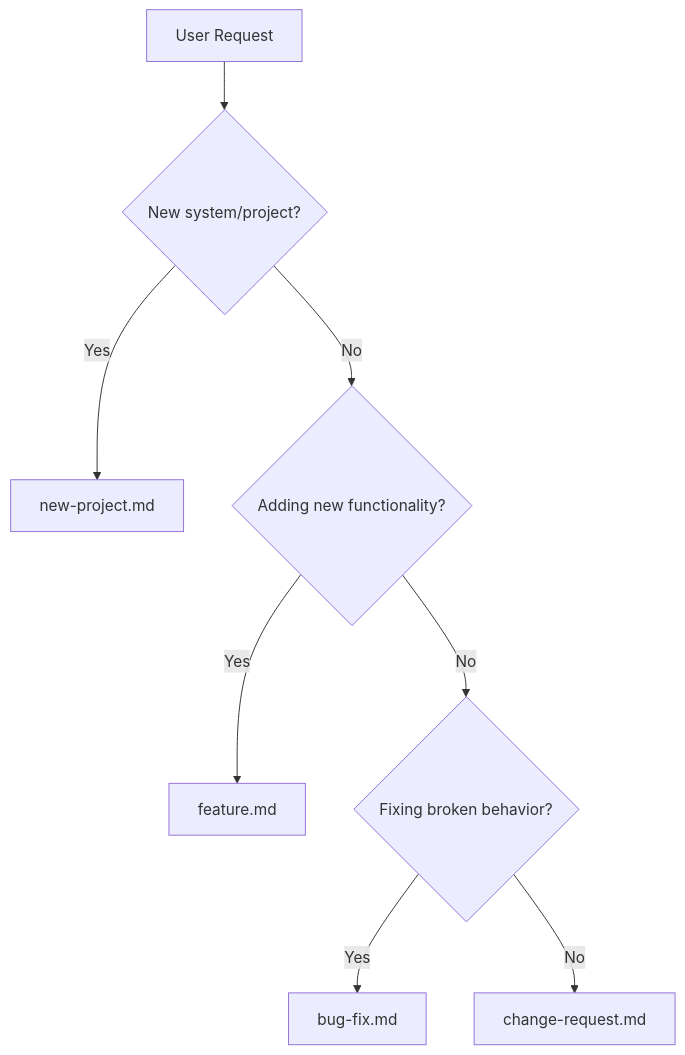
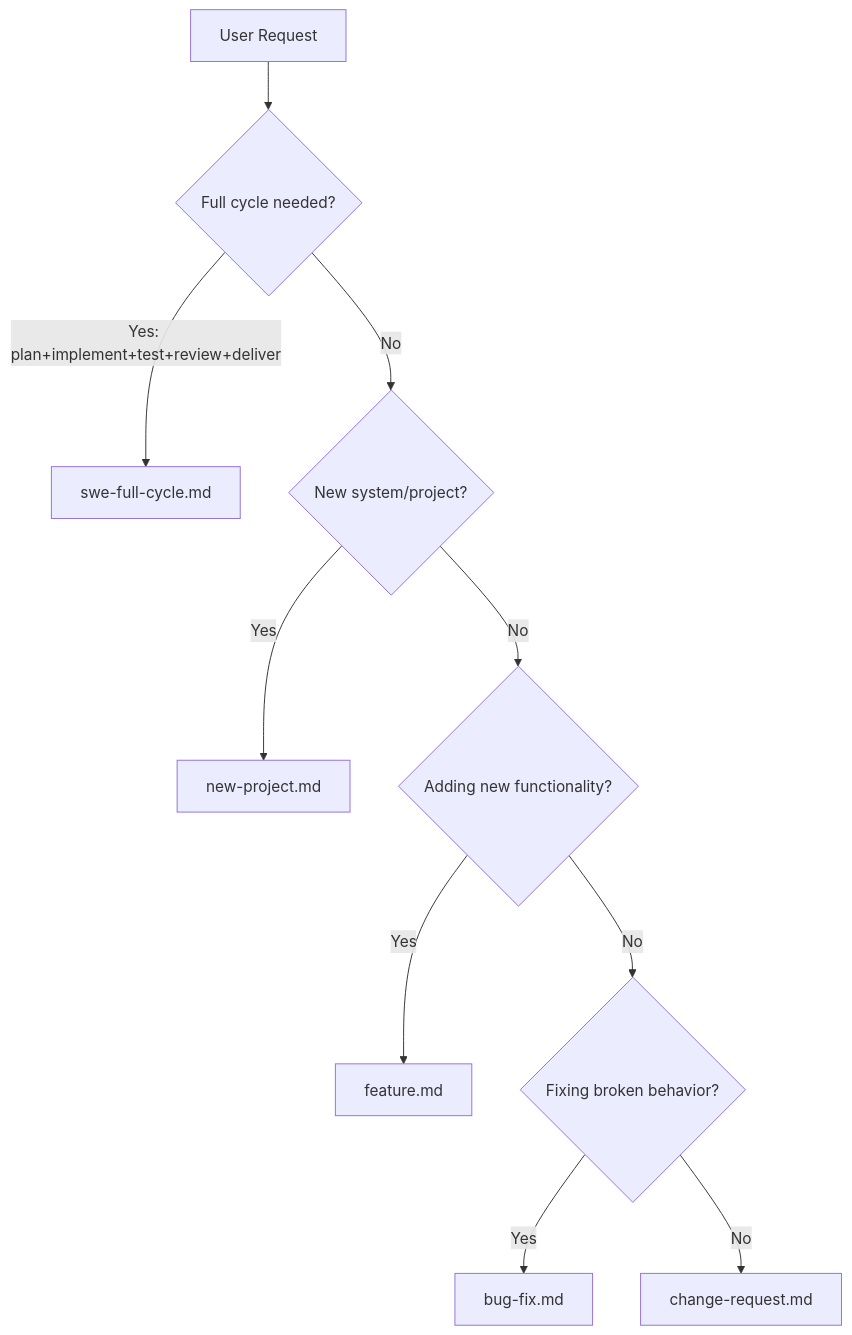
Before and after one commit to simonspoon/claude-setup: the diagram in skills/project-manager/workflows/INDEX.md, drawn with Mermaid. The commit also changed other lines of this file and 21 other files, not shown here.

````diff
--- a/skills/project-manager/workflows/INDEX.md
+++ b/skills/project-manager/workflows/INDEX.md
@@ -3,10 +3,12 @@
 ```mermaid
 flowchart TD
-    A[User Request] --> B{New system/project?}
-    B -->|Yes| C[new-project.md]
-    B -->|No| D{Adding new functionality?}
-    D -->|Yes| E[feature.md]
-    D -->|No| F{Fixing broken behavior?}
-    F -->|Yes| G[bug-fix.md]
-    F -->|No| H[change-request.md]
+    A[User Request] --> B{Full cycle needed?}
+    B -->|Yes: plan+implement+test+review+deliver| C[swe-full-cycle.md]
+    B -->|No| D{New system/project?}
+    D -->|Yes| E[new-project.md]
+    D -->|No| F{Adding new functionality?}
+    F -->|Yes| G[feature.md]
+    F -->|No| H{Fixing broken behavior?}
+    H -->|Yes| I[bug-fix.md]
+    H -->|No| J[change-request.md]
 ```
````
